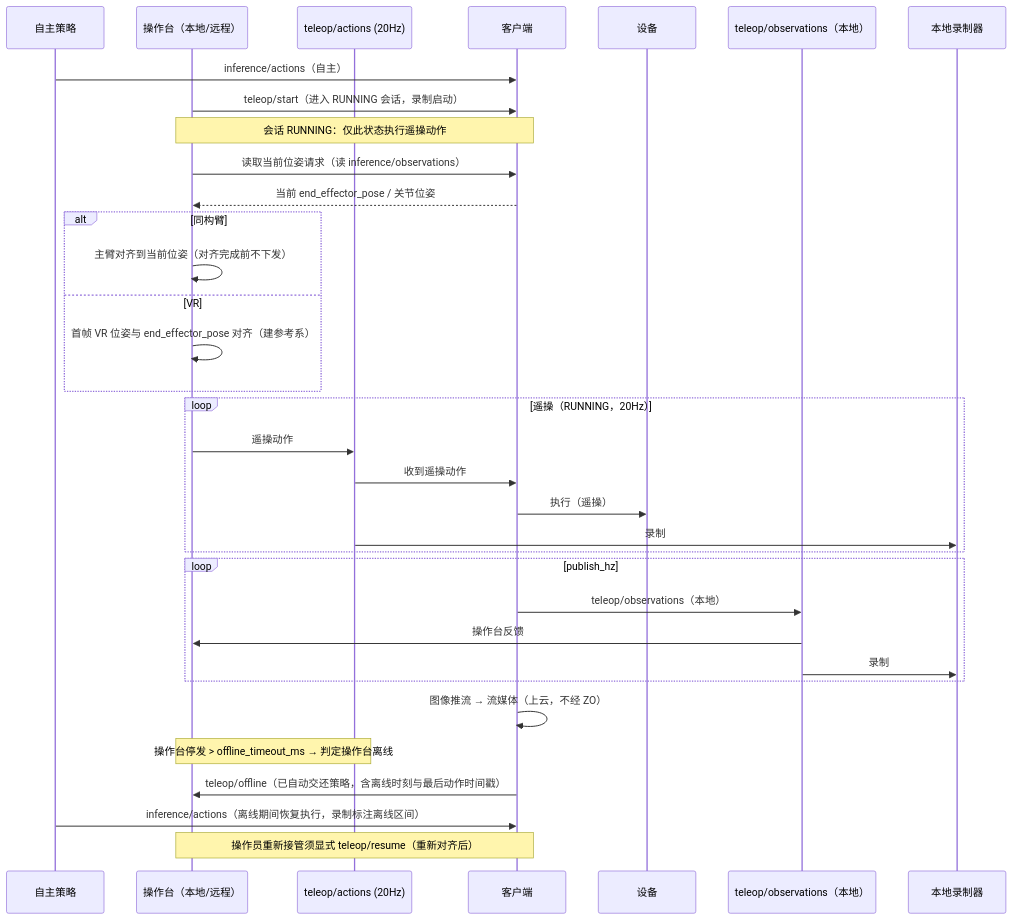
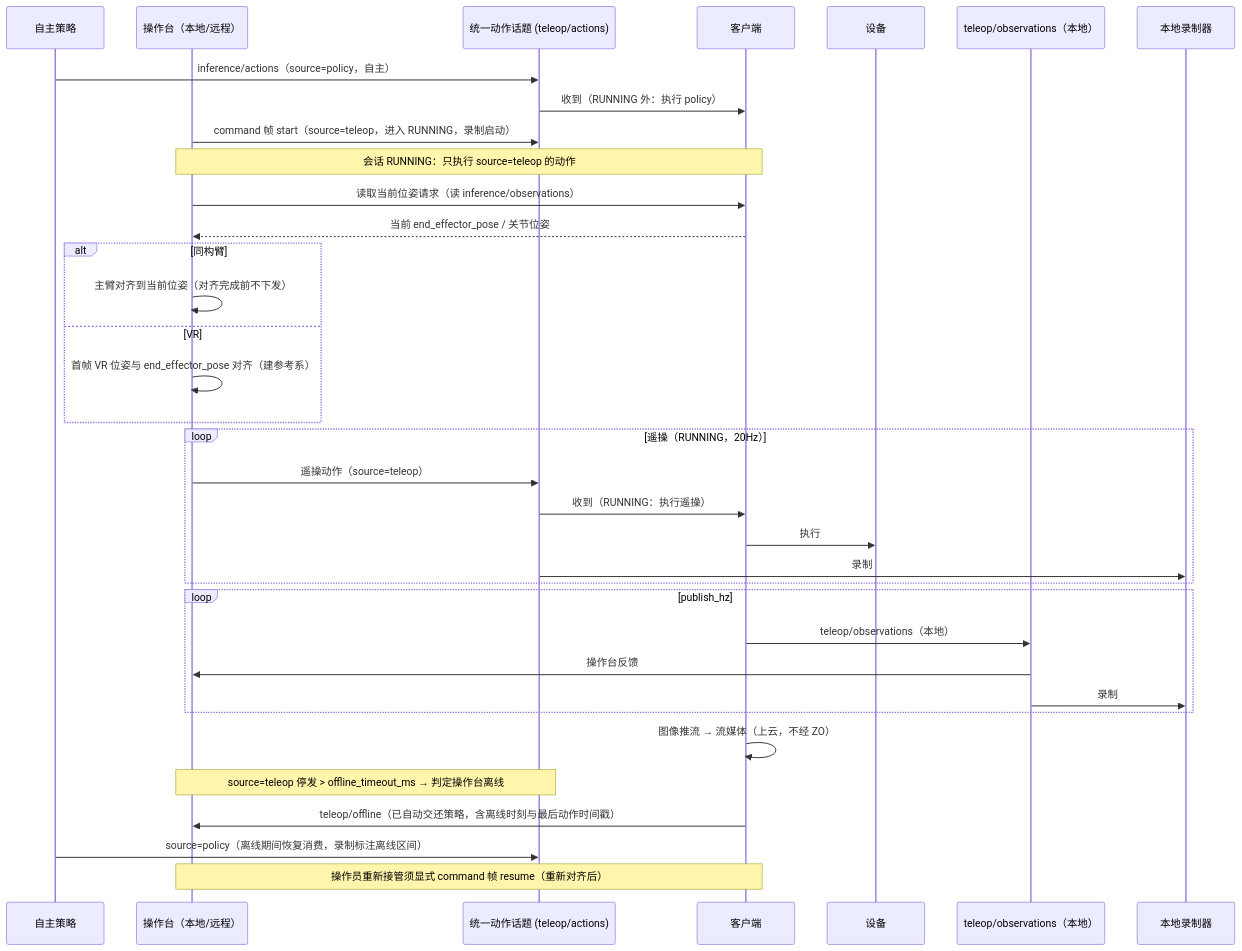
The diagram in docs/design/r2c-teleop-data-collection-design.md (vincentguiling/cloudrobo-sdk-client), drawn with Mermaid before and after one commit. The commit also changed other lines of this file, not shown here.

First line of the commit message:
docs(design): v1.2——动作话题合并（统一话题 + source/command 字段）+ 遥操功能 r2c 包内实现（管理面/console 研讨定案）

````diff
--- a/docs/design/r2c-teleop-data-collection-design.md
+++ b/docs/design/r2c-teleop-data-collection-design.md
@@ -144,37 +150,38 @@
 ```mermaid
 sequenceDiagram
     participant P as 自主策略
     participant O as 操作台（本地/远程）
-    participant ZA as teleop/actions (20Hz)
+    participant ZA as 统一动作话题 (teleop/actions)
     participant C as 客户端
     participant F as 设备
     participant ZO as teleop/observations（本地）
     participant R as 本地录制器
 
-    P->>C: inference/actions（自主）
-    O->>C: teleop/start（进入 RUNNING 会话，录制启动）
-    Note over O,C: 会话 RUNNING：仅此状态执行遥操动作
+    P->>ZA: inference/actions（source=policy，自主）
+    ZA->>C: 收到（RUNNING 外：执行 policy）
+    O->>ZA: command 帧 start（source=teleop，进入 RUNNING，录制启动）
+    Note over O,C: 会话 RUNNING：只执行 source=teleop 的动作
     O->>C: 读取当前位姿请求（读 inference/observations）
     C-->>O: 当前 end_effector_pose / 关节位姿
     alt 同构臂
         O->>O: 主臂对齐到当前位姿（对齐完成前不下发）
     else VR
         O->>O: 首帧 VR 位姿与 end_effector_pose 对齐（建参考系）
     end
     loop 遥操（RUNNING，20Hz）
-        O->>ZA: 遥操动作
-        ZA->>C: 收到遥操动作
-        C->>F: 执行（遥操）
+        O->>ZA: 遥操动作（source=teleop）
+        ZA->>C: 收到（RUNNING：执行遥操）
+        C->>F: 执行
         ZA->>R: 录制
     end
     loop publish_hz
         C->>ZO: teleop/observations（本地）
         ZO->>O: 操作台反馈
         ZO->>R: 录制
     end
     C->>C: 图像推流 → 流媒体（上云，不经 ZO）
-    Note over O,ZA: 操作台停发 > offline_timeout_ms → 判定操作台离线
+    Note over O,ZA: source=teleop 停发 > offline_timeout_ms → 判定操作台离线
     C->>O: teleop/offline（已自动交还策略，含离线时刻与最后动作时间戳）
-    P->>C: inference/actions（离线期间恢复执行，录制标注离线区间）
-    Note over O,C: 操作员重新接管须显式 teleop/resume（重新对齐后）
+    P->>ZA: source=policy（离线期间恢复消费，录制标注离线区间）
+    Note over O,C: 操作员重新接管须显式 command 帧 resume（重新对齐后）
 ```
````
